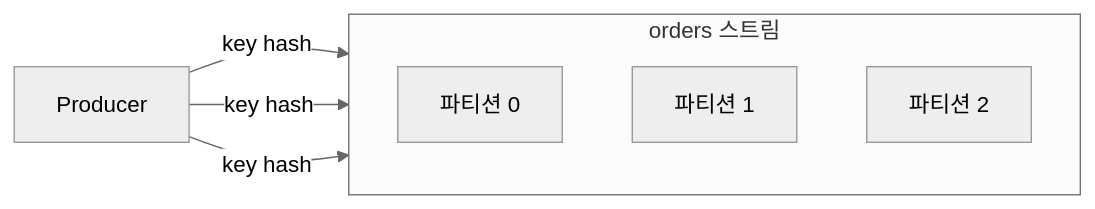
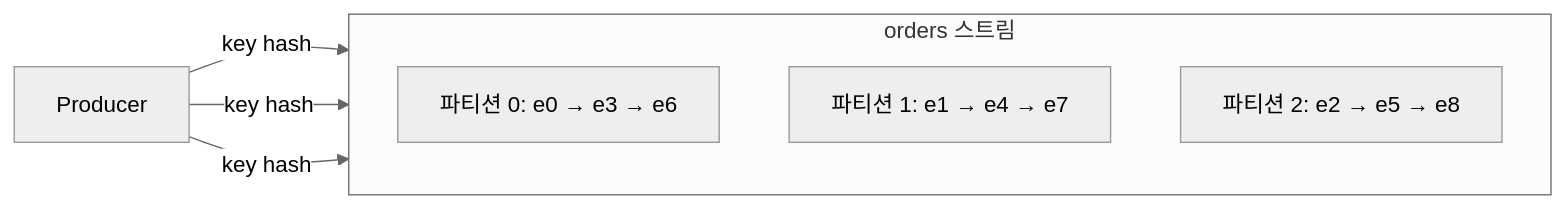
Before and after one commit to Dr-KoKo/engineering-site: the second of 9 diagrams in blog/event-driven-microservices/ch02.md, drawn with Mermaid (neutral theme). The commit also changed other lines of this file, not shown here.

First line of the commit message:
Revise ch02 for argument flow, examples, and review fixes

````diff
--- a/blog/event-driven-microservices/ch02.md
+++ b/blog/event-driven-microservices/ch02.md
@@ -108,12 +119,12 @@
 ```mermaid
 flowchart LR
     subgraph "orders 스트림"
         direction TB
-        P0["파티션 0"]
-        P1["파티션 1"]
-        P2["파티션 2"]
+        P0["파티션 0: e0 → e3 → e6"]
+        P1["파티션 1: e1 → e4 → e7"]
+        P2["파티션 2: e2 → e5 → e8"]
     end
     Producer -->|"key hash"| P0
     Producer -->|"key hash"| P1
     Producer -->|"key hash"| P2
 ```
````
